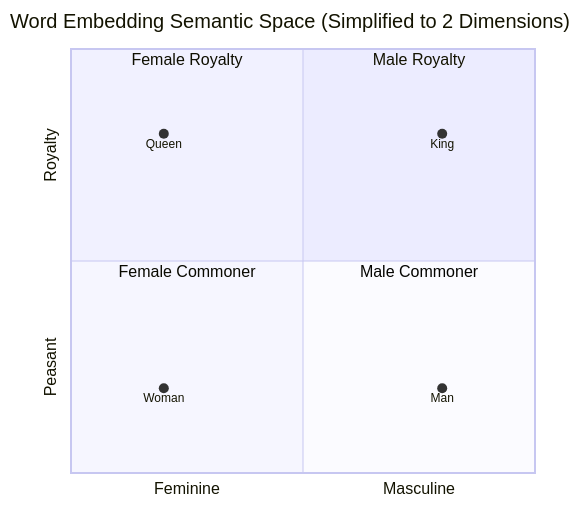
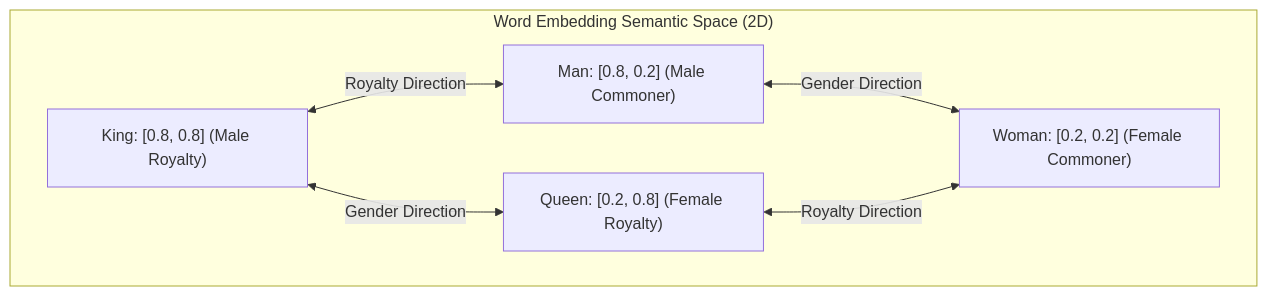
The diagram in topics/14 - LM - Embeddings.md (Nagaraj17/ai-learning-lab), drawn with Mermaid before and after one commit. The commit also changed 4 other files, not shown here.

````diff
--- a/topics/14 - LM - Embeddings.md
+++ b/topics/14 - LM - Embeddings.md
@@ -24,14 +24,14 @@
 ```mermaid
-quadrantChart
-    title Word Embedding Semantic Space (Simplified to 2 Dimensions)
-    x-axis "Feminine" --> "Masculine"
-    y-axis "Peasant" --> "Royalty"
-    quadrant-1 "Male Royalty"
-    quadrant-2 "Female Royalty"
-    quadrant-3 "Female Commoner"
-    quadrant-4 "Male Commoner"
-    "King": [0.8, 0.8]
-    "Queen": [0.2, 0.8]
-    "Man": [0.8, 0.2]
-    "Woman": [0.2, 0.2]
+graph TD
+    subgraph SemanticSpace ["Word Embedding Semantic Space (2D)"]
+        King["King: [0.8, 0.8] (Male Royalty)"]
+        Queen["Queen: [0.2, 0.8] (Female Royalty)"]
+        Man["Man: [0.8, 0.2] (Male Commoner)"]
+        Woman["Woman: [0.2, 0.2] (Female Commoner)"]
+        
+        King <-->|Gender Direction| Queen
+        Man <-->|Gender Direction| Woman
+        King <-->|Royalty Direction| Man
+        Queen <-->|Royalty Direction| Woman
+    end
 ```
````
